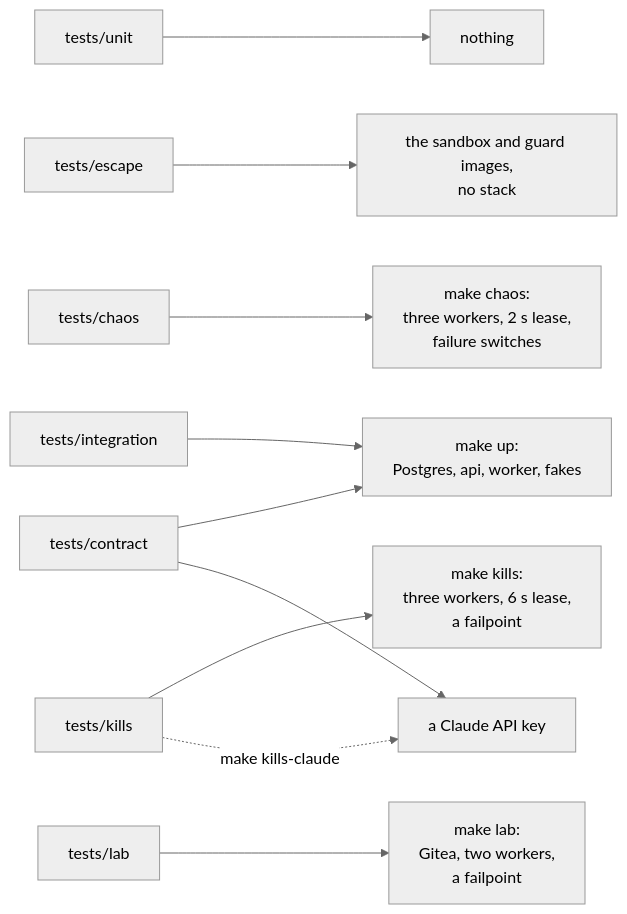
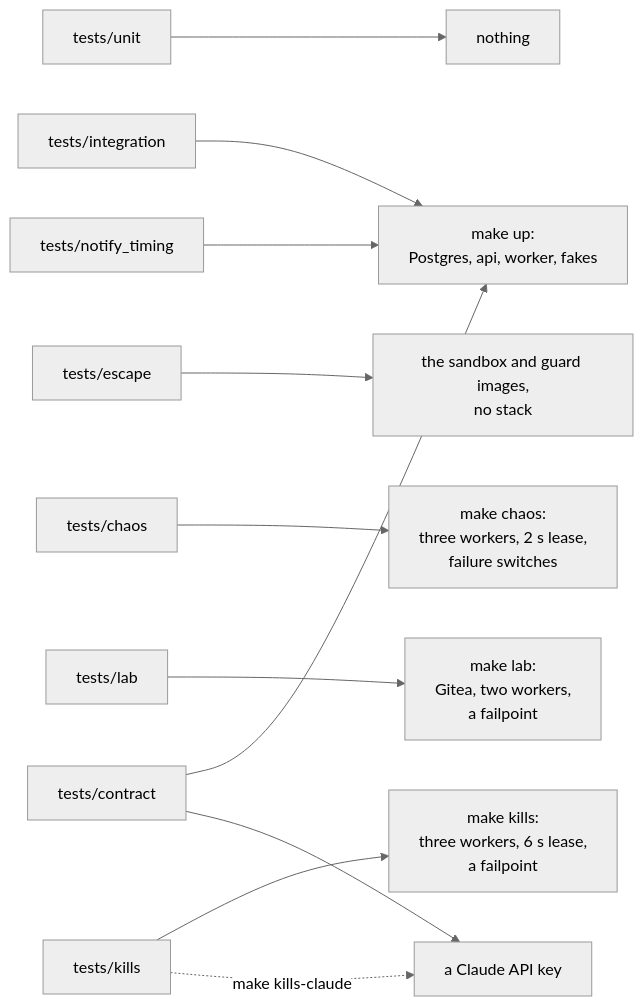
One commit to sindredg/agent-runtime changed the diagram in docs/testing.md. Above: the diagram before and after it, drawn with Mermaid (neutral theme). The commit also changed other lines of this file and 10 other files, not shown here.

````diff
--- a/docs/testing.md
+++ b/docs/testing.md
@@ -7,12 +7,13 @@
 ```mermaid
 flowchart LR
     U[tests/unit] --> N[nothing]
     I[tests/integration] --> S[make up:<br/>Postgres, api, worker, fakes]
     E[tests/escape] --> IMG[the sandbox and guard images,<br/>no stack]
     C[tests/chaos] --> CS[make chaos:<br/>three workers, 2 s lease,<br/>failure switches]
     L[tests/lab] --> LS[make lab:<br/>Gitea, two workers,<br/>a failpoint]
     R[tests/kills] --> RS[make kills:<br/>three workers, 6 s lease,<br/>a failpoint]
     R -.->|make kills-claude| KEY
+    T[tests/notify_timing] --> S
     K[tests/contract] --> S
     K --> KEY[a Claude API key]
 ```
````
